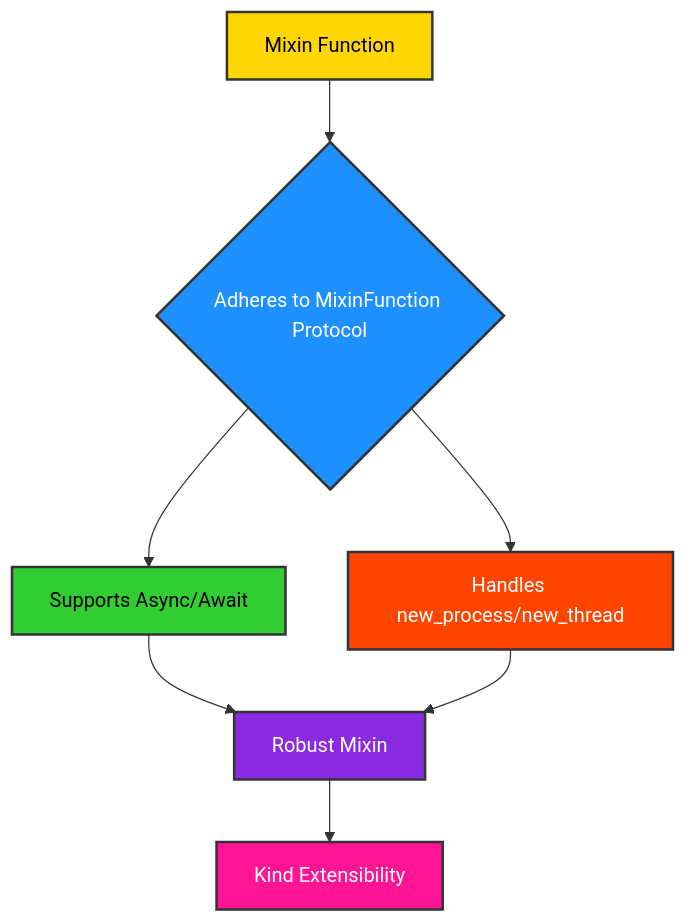
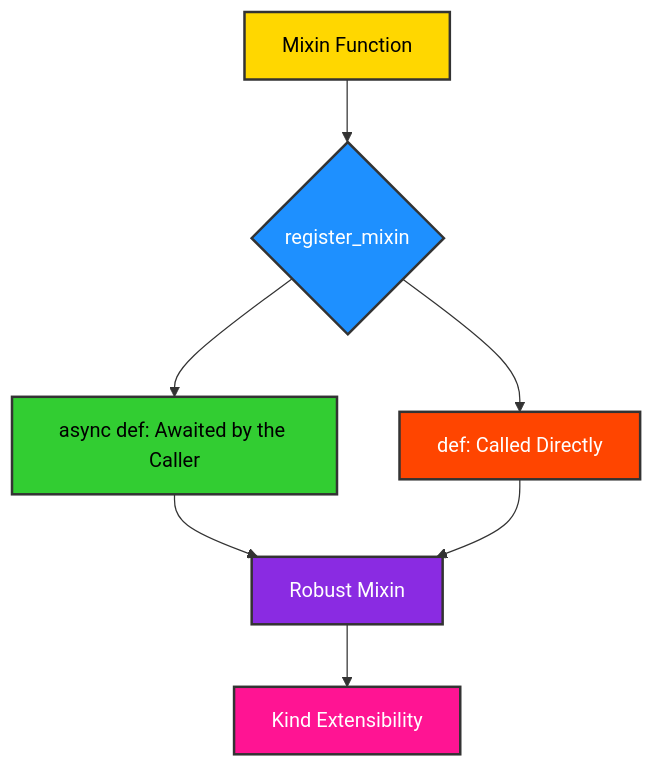
One commit to ikko/kind changed the second of 4 diagrams in docs/topics/11_extensibility/index.md. Above: the diagram before and after it, drawn with Mermaid. The commit also changed other lines of this file and 62 other files, not shown here.

````diff
--- a/docs/topics/11_extensibility/index.md
+++ b/docs/topics/11_extensibility/index.md
@@ -108,16 +101,16 @@
 ```mermaid
 graph TD
-    A[Mixin Function] --> B{Adheres to MixinFunction Protocol};
-    B --> C[Supports Async/Await];
-    B --> D[Handles new_process/new_thread];
+    A[Mixin Function] --> B{register_mixin};
+    B --> C[async def: Awaited by the Caller];
+    B --> D[def: Called Directly];
     C --> E[Robust Mixin];
     D --> E;
     E --> F[Kind Extensibility];
 
     style A fill:#FFD700,stroke:#333,stroke-width:2px,color:#000000;
     style B fill:#1E90FF,stroke:#333,stroke-width:2px,color:#FFFFFF;
     style C fill:#32CD32,stroke:#333,stroke-width:2px,color:#000000;
     style D fill:#FF4500,stroke:#333,stroke-width:2px,color:#FFFFFF;
     style E fill:#8A2BE2,stroke:#333,stroke-width:2px,color:#FFFFFF;
     style F fill:#FF1493,stroke:#333,stroke-width:2px,color:#FFFFFF;
 ```
````
